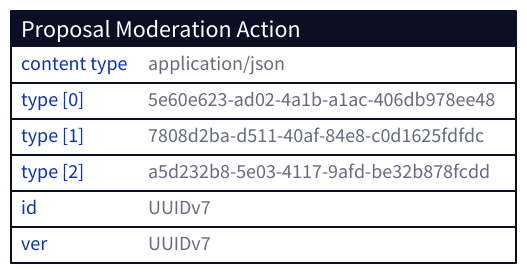
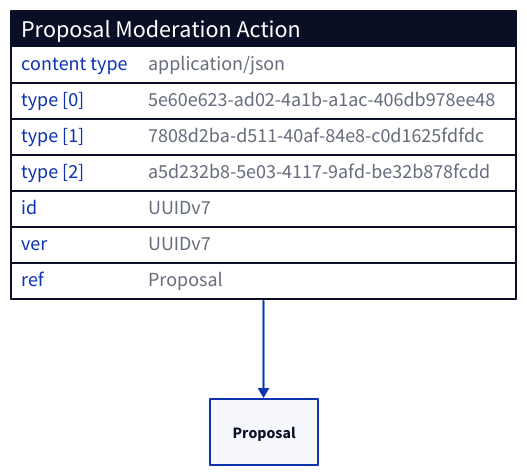
The diagram in docs/src/architecture/08_concepts/signed_doc/docs/proposal_moderation_action.md (input-output-hk/catalyst-libs), drawn with D2 before and after one commit. The commit also changed other lines of this file and 31 other files, not shown here.

````diff
--- a/docs/src/architecture/08_concepts/signed_doc/docs/proposal_moderation_action.md
+++ b/docs/src/architecture/08_concepts/signed_doc/docs/proposal_moderation_action.md
@@ -7,12 +7,15 @@
 ```d2 layout="elk"
 "Proposal Moderation Action": {
   shape: sql_table
   "content type": application/json
   "type [0]": 5e60e623-ad02-4a1b-a1ac-406db978ee48
   "type [1]": 7808d2ba-d511-40af-84e8-c0d1625fdfdc
   "type [2]": a5d232b8-5e03-4117-9afd-be32b878fcdd
   "id": UUIDv7
   "ver": UUIDv7
+  "ref": Proposal
 
 }
+
+"Proposal Moderation Action"."ref"->"Proposal"
 ```
````
